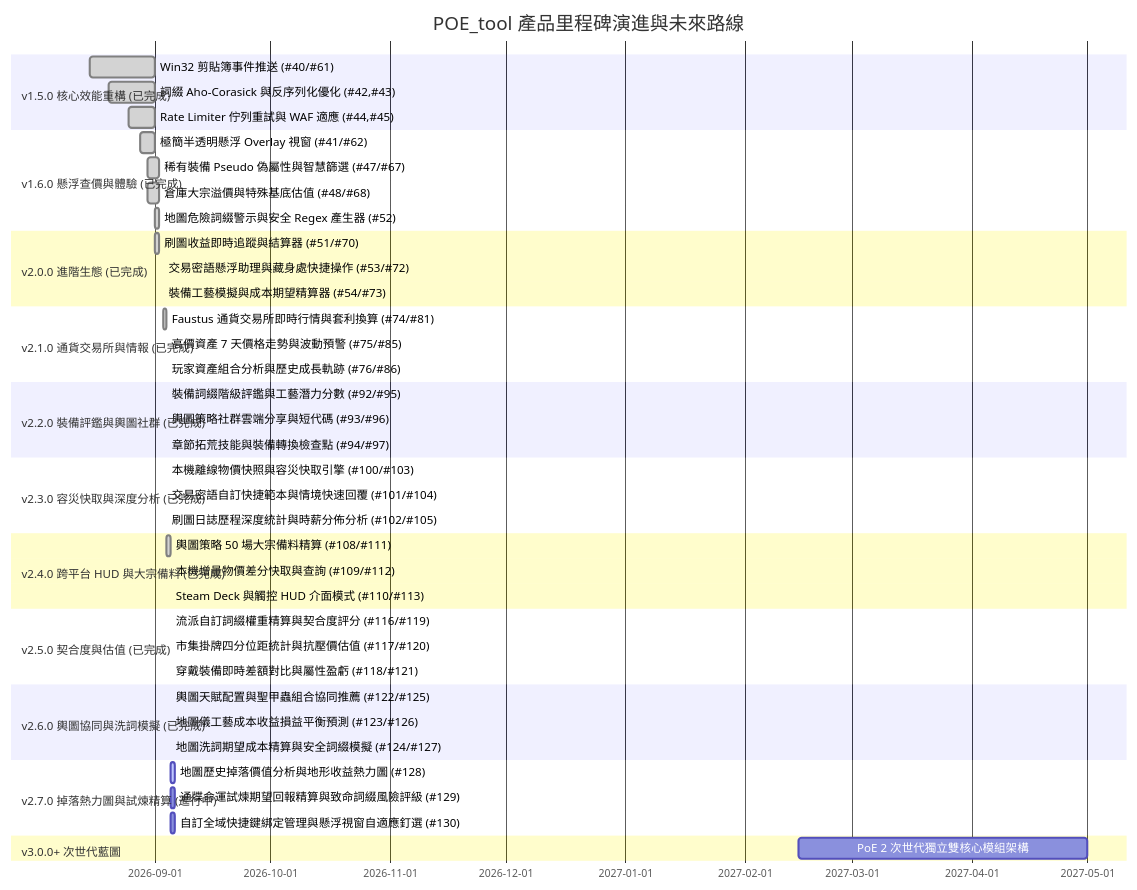
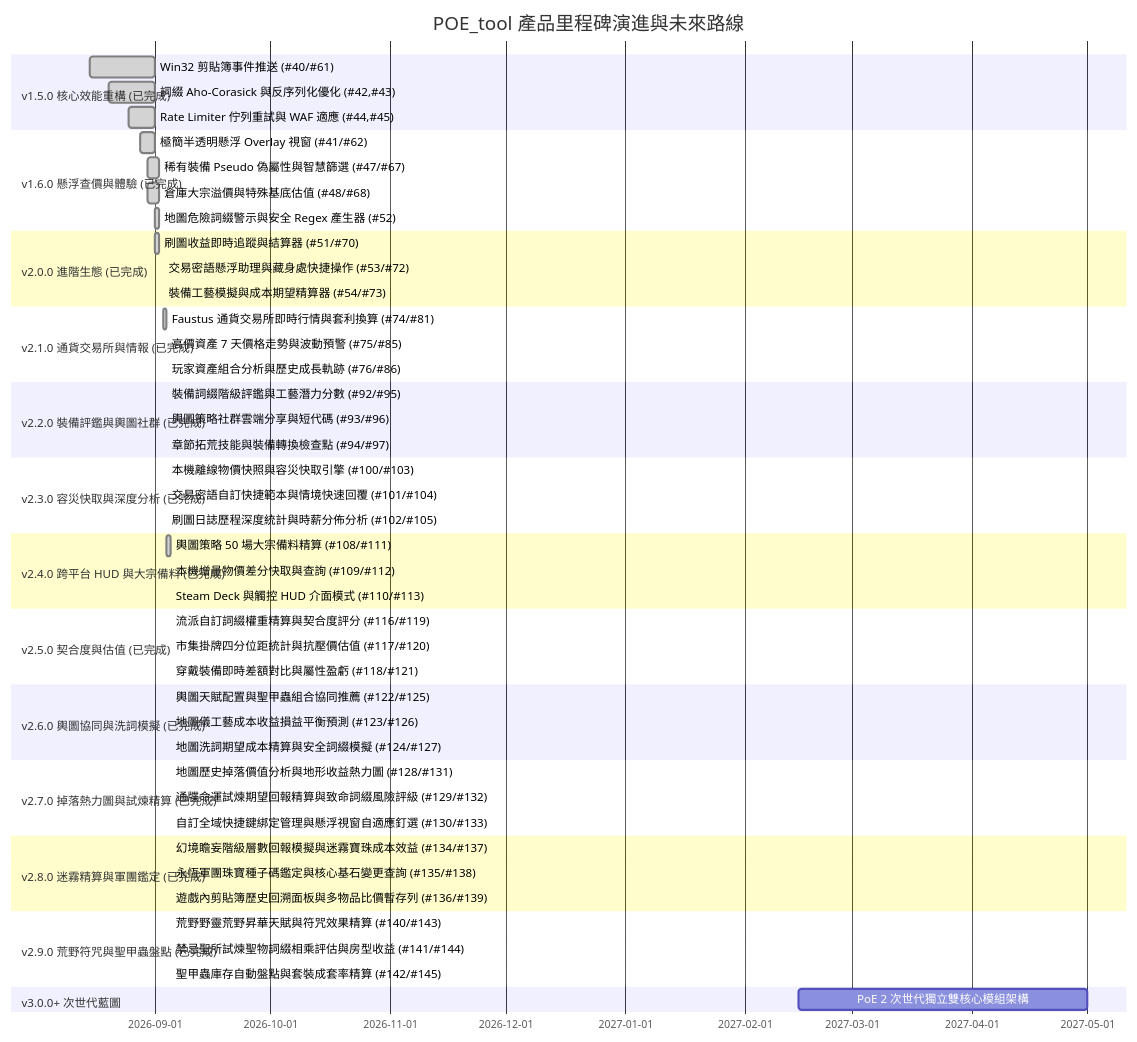
Before and after one commit to saijo0404/POE-tool: the diagram in ROADMAP.md, drawn with Mermaid. The commit also changed other lines of this file and 5 other files, not shown here.

````diff
--- a/ROADMAP.md
+++ b/ROADMAP.md
@@ -60,48 +60,56 @@
 ```mermaid
 gantt
     title POE_tool 產品里程碑演進與未來路線
     dateFormat  YYYY-MM-DD
     section v1.5.0 核心效能重構 (已完成)
     Win32 剪貼簿事件推送 (#40/#61)           :done,    m1_1, 2026-08-15, 2026-09-01
     詞綴 Aho-Corasick 與反序列化優化 (#42,#43) :done,    m1_2, 2026-08-20, 2026-09-01
     Rate Limiter 佇列重試與 WAF 適應 (#44,#45)  :done,    m1_3, 2026-08-25, 2026-09-01
     section v1.6.0 懸浮查價與體驗 (已完成)
     極簡半透明懸浮 Overlay 視窗 (#41/#62)     :done,    m2_1, 2026-08-28, 2026-09-01
     稀有裝備 Pseudo 偽屬性與智慧篩選 (#47/#67) :done,    m2_2, 2026-08-30, 2026-09-02
     倉庫大宗溢價與特殊基底估值 (#48/#68)      :done,    m2_3, 2026-08-30, 2026-09-02
     地圖危險詞綴警示與安全 Regex 產生器 (#52)  :done,    m2_4, 2026-09-01, 2026-09-02
     section v2.0.0 進階生態 (已完成)
     刷圖收益即時追蹤與結算器 (#51/#70)        :done,    m3_1, 2026-09-01, 2026-09-02
     交易密語懸浮助理與藏身處快捷操作 (#53/#72) :done,    m3_2, 2026-09-03, 2026-09-03
     裝備工藝模擬與成本期望精算器 (#54/#73)     :done,    m3_3, 2026-09-03, 2026-09-03
     section v2.1.0 通貨交易所與情報 (已完成)
     Faustus 通貨交易所即時行情與套利換算 (#74/#81) :done,    m4_1, 2026-09-03, 2026-09-04
     高價資產 7 天價格走勢與波動預警 (#75/#85)     :done,    m4_2, 2026-09-04, 2026-09-04
     玩家資產組合分析與歷史成長軌跡 (#76/#86)       :done,    m4_3, 2026-09-04, 2026-09-04
     section v2.2.0 裝備評鑑與輿圖社群 (已完成)
     裝備詞綴階級評鑑與工藝潛力分數 (#92/#95)     :done,    m5_1, 2026-09-04, 2026-09-04
     輿圖策略社群雲端分享與短代碼 (#93/#96)       :done,    m5_2, 2026-09-04, 2026-09-04
     章節拓荒技能與裝備轉換檢查點 (#94/#97)       :done,    m5_3, 2026-09-04, 2026-09-04
     section v2.3.0 容災快取與深度分析 (已完成)
     本機離線物價快照與容災快取引擎 (#100/#103)    :done,    m6_1, 2026-09-04, 2026-09-04
     交易密語自訂快捷範本與情境快速回覆 (#101/#104) :done,    m6_2, 2026-09-04, 2026-09-04
     刷圖日誌歷程深度統計與時薪分佈分析 (#102/#105) :done,    m6_3, 2026-09-04, 2026-09-04
     section v2.4.0 跨平台 HUD 與大宗備料 (已完成)
     輿圖策略 50 場大宗備料精算 (#108/#111)       :done,    m7_1, 2026-09-04, 2026-09-05
     本機增量物價差分快取與查詢 (#109/#112)       :done,    m7_2, 2026-09-05, 2026-09-05
     Steam Deck 與觸控 HUD 介面模式 (#110/#113)  :done,    m7_3, 2026-09-05, 2026-09-05
     section v2.5.0 契合度與估值 (已完成)
     流派自訂詞綴權重精算與契合度評分 (#116/#119)  :done,    m8_1, 2026-09-05, 2026-09-05
     市集掛牌四分位距統計與抗壓價估值 (#117/#120)  :done,    m8_2, 2026-09-05, 2026-09-05
     穿戴裝備即時差額對比與屬性盈虧 (#118/#121)    :done,    m8_3, 2026-09-05, 2026-09-05
     section v2.6.0 輿圖協同與洗詞模擬 (已完成)
     輿圖天賦配置與聖甲蟲組合協同推薦 (#122/#125)    :done,    m9_1, 2026-09-05, 2026-09-05
     地圖儀工藝成本收益損益平衡預測 (#123/#126)    :done,    m9_2, 2026-09-05, 2026-09-05
     地圖洗詞期望成本精算與安全詞綴模擬 (#124/#127)  :done,    m9_3, 2026-09-05, 2026-09-05
-    section v2.7.0 掉落熱力圖與試煉精算 (進行中)
-    地圖歷史掉落價值分析與地形收益熱力圖 (#128)      :active,  m10_1, 2026-09-05, 2026-09-06
-    通牒命運試煉期望回報精算與致命詞綴風險評級 (#129) :         m10_2, 2026-09-05, 2026-09-06
-    自訂全域快捷鍵綁定管理與懸浮視窗自適應釘選 (#130) :         m10_3, 2026-09-05, 2026-09-06
+    section v2.7.0 掉落熱力圖與試煉精算 (已完成)
+    地圖歷史掉落價值分析與地形收益熱力圖 (#128/#131)      :done,    m10_1, 2026-09-05, 2026-09-05
+    通牒命運試煉期望回報精算與致命詞綴風險評級 (#129/#132) :done,    m10_2, 2026-09-05, 2026-09-05
+    自訂全域快捷鍵綁定管理與懸浮視窗自適應釘選 (#130/#133) :done,    m10_3, 2026-09-05, 2026-09-05
+    section v2.8.0 迷霧精算與軍團鑑定 (已完成)
+    幻境瞻妄階級層數回報模擬與迷霧寶珠成本效益 (#134/#137) :done,    m11_1, 2026-09-05, 2026-09-05
+    永恆軍團珠寶種子碼鑑定與核心基石變更查詢 (#135/#138)   :done,    m11_2, 2026-09-05, 2026-09-05
+    遊戲內剪貼簿歷史回溯面板與多物品比價暫存列 (#136/#139) :done,    m11_3, 2026-09-05, 2026-09-05
+    section v2.9.0 荒野符咒與聖甲蟲盤點 (已完成)
+    荒野野靈荒野昇華天賦與符咒效果精算 (#140/#143)       :done,    m12_1, 2026-09-05, 2026-09-05
+    禁忌聖所試煉聖物詞綴相乘評估與房型收益 (#141/#144)   :done,    m12_2, 2026-09-05, 2026-09-05
+    聖甲蟲庫存自動盤點與套裝成套率精算 (#142/#145)       :done,    m12_3, 2026-09-05, 2026-09-05
     section v3.0.0+ 次世代藍圖
-    PoE 2 次世代獨立雙核心模組架構           :         m11_1, 2027-02-15, 2027-05-01
+    PoE 2 次世代獨立雙核心模組架構           :         m13_1, 2027-02-15, 2027-05-01
 ```
````
